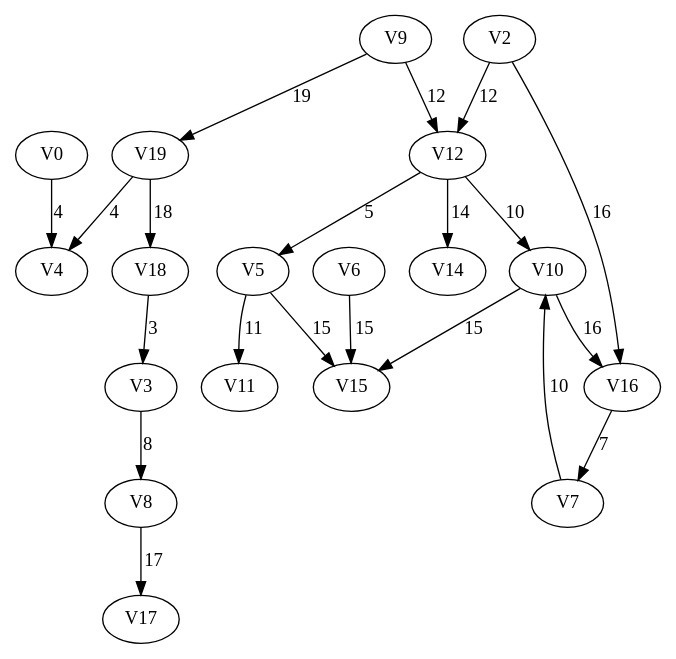
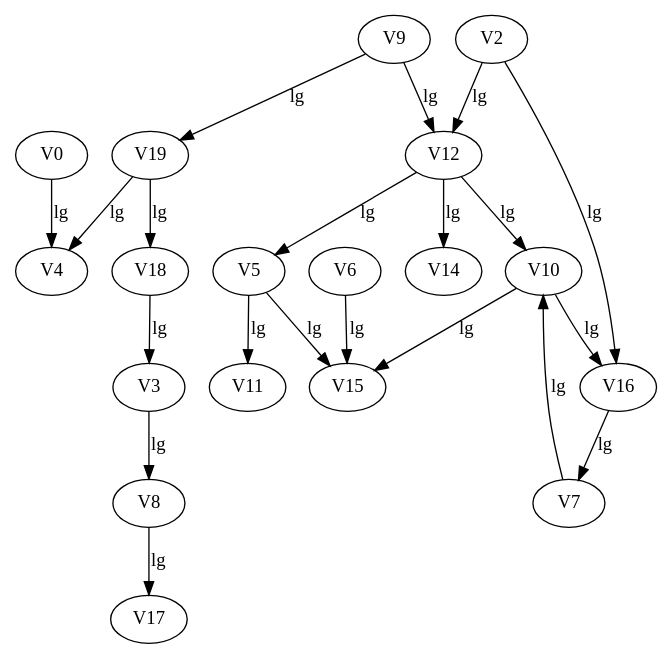
One commit to ermsharo/EP_GRAFO_PONDERADO changed the diagram in Grafo.dot. Above: the diagram before and after it, drawn with Graphviz. The commit also changed 8 other files, not shown here.

```diff
--- a/Grafo.dot
+++ b/Grafo.dot
@@ -1,23 +1,23 @@
 digraph{
-V0 -> V4[label=4]; 
- V2 -> V16[label=16]; 
- V2 -> V12[label=12]; 
- V3 -> V8[label=8]; 
- V5 -> V15[label=15]; 
- V5 -> V11[label=11]; 
- V6 -> V15[label=15]; 
- V7 -> V10[label=10]; 
- V8 -> V17[label=17]; 
- V9 -> V19[label=19]; 
- V9 -> V12[label=12]; 
- V10 -> V15[label=15]; 
- V10 -> V16[label=16]; 
- V12 -> V10[label=10]; 
- V12 -> V5[label=5]; 
- V12 -> V14[label=14]; 
- V16 -> V7[label=7]; 
- V18 -> V3[label=3]; 
- V19 -> V4[label=4]; 
- V19 -> V18[label=18]; 
+V0 -> V4[label=lg]; 
+ V2 -> V16[label=lg]; 
+ V2 -> V12[label=lg]; 
+ V3 -> V8[label=lg]; 
+ V5 -> V15[label=lg]; 
+ V5 -> V11[label=lg]; 
+ V6 -> V15[label=lg]; 
+ V7 -> V10[label=lg]; 
+ V8 -> V17[label=lg]; 
+ V9 -> V19[label=lg]; 
+ V9 -> V12[label=lg]; 
+ V10 -> V15[label=lg]; 
+ V10 -> V16[label=lg]; 
+ V12 -> V10[label=lg]; 
+ V12 -> V5[label=lg]; 
+ V12 -> V14[label=lg]; 
+ V16 -> V7[label=lg]; 
+ V18 -> V3[label=lg]; 
+ V19 -> V4[label=lg]; 
+ V19 -> V18[label=lg]; 
   
 }
```
